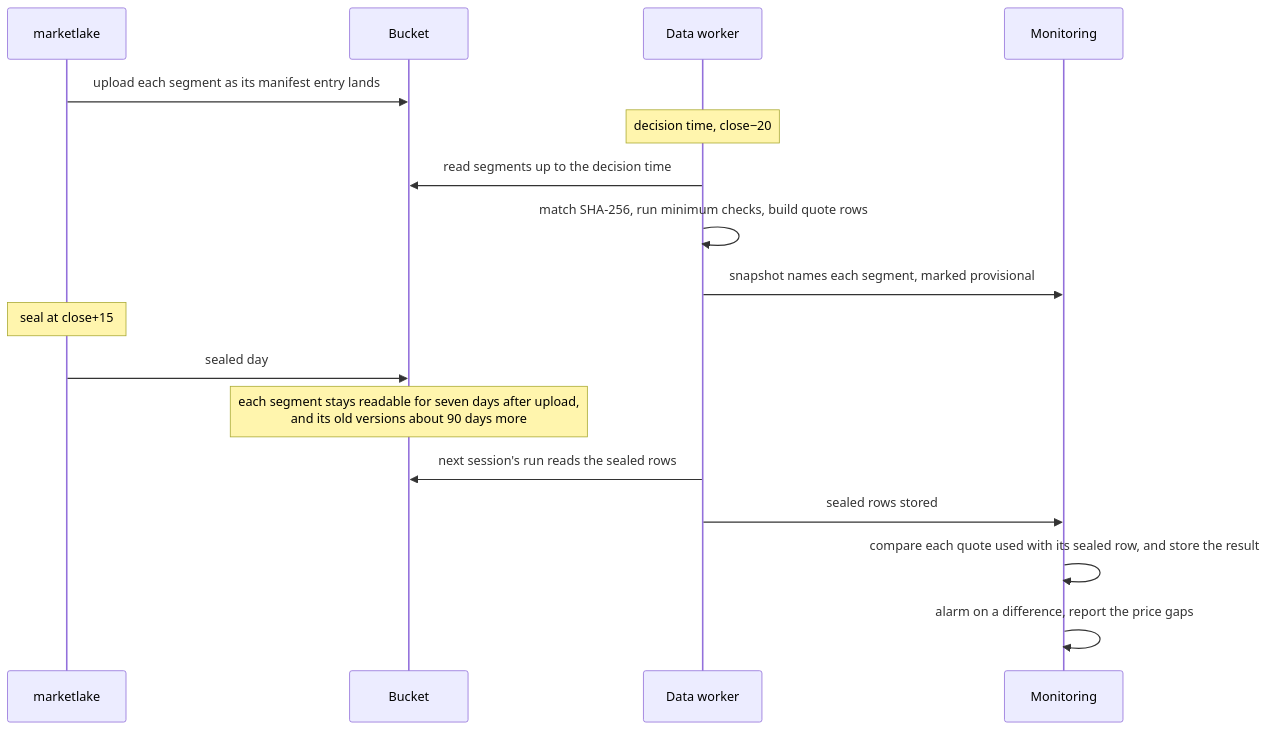
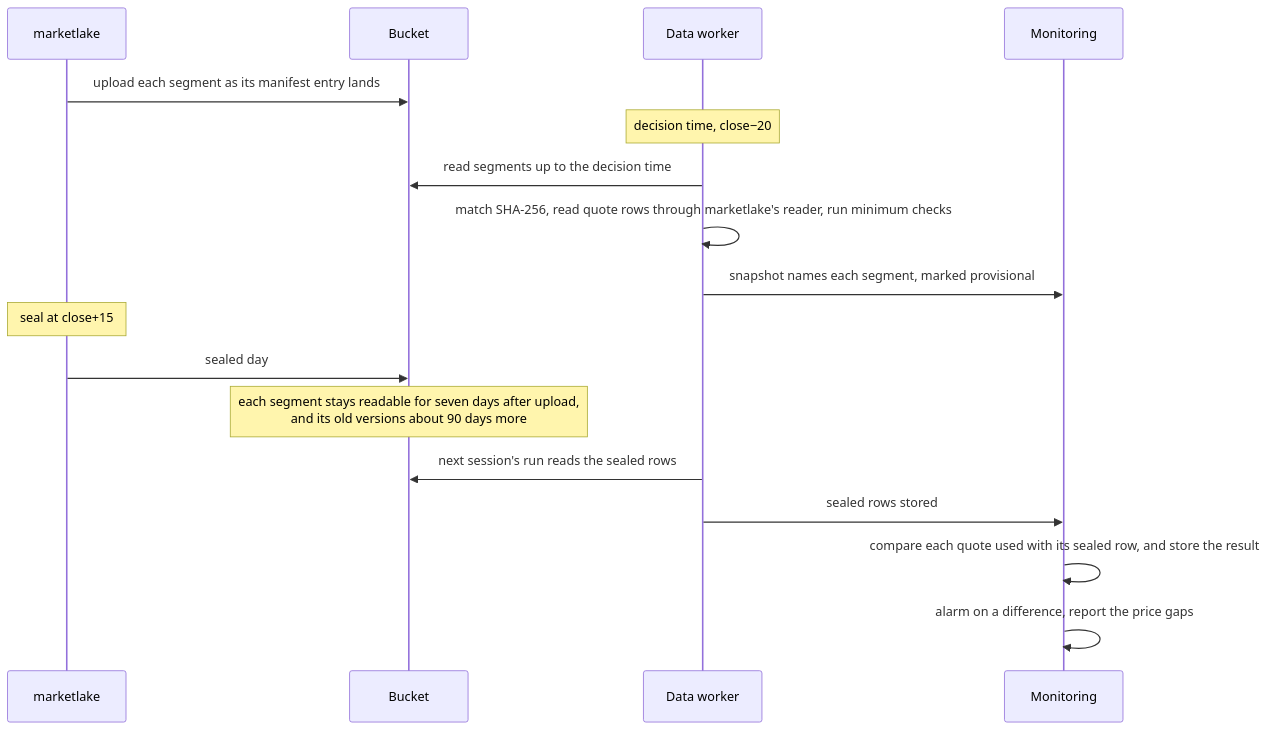
One commit to l3a0/ithildin-runtime changed the sixth of 25 diagrams in docs/architecture.md. Above: the diagram before and after it, drawn with Mermaid. The commit also changed other lines of this file and 2 other files, not shown here.

First line of the commit message:
docs: record the rulings on the reader, the stress move, the account and CPU, and link the sources

````diff
--- a/docs/architecture.md
+++ b/docs/architecture.md
@@ -316,19 +316,19 @@
 ```mermaid
 sequenceDiagram
     participant M as marketlake
     participant B as Bucket
     participant D as Data worker
     participant O as Monitoring
     M->>B: upload each segment as its manifest entry lands
     Note over D: decision time, close−20
     D->>B: read segments up to the decision time
-    D->>D: match SHA-256, run minimum checks, build quote rows
+    D->>D: match SHA-256, read quote rows through marketlake's reader, run minimum checks
     D->>O: snapshot names each segment, marked provisional
     Note over M: seal at close+15
     M->>B: sealed day
     Note over B: each segment stays readable for seven days after upload,<br/>and its old versions about 90 days more
     D->>B: next session's run reads the sealed rows
     D->>O: sealed rows stored
     O->>O: compare each quote used with its sealed row, and store the result
     O->>O: alarm on a difference, report the price gaps
 ```
````
